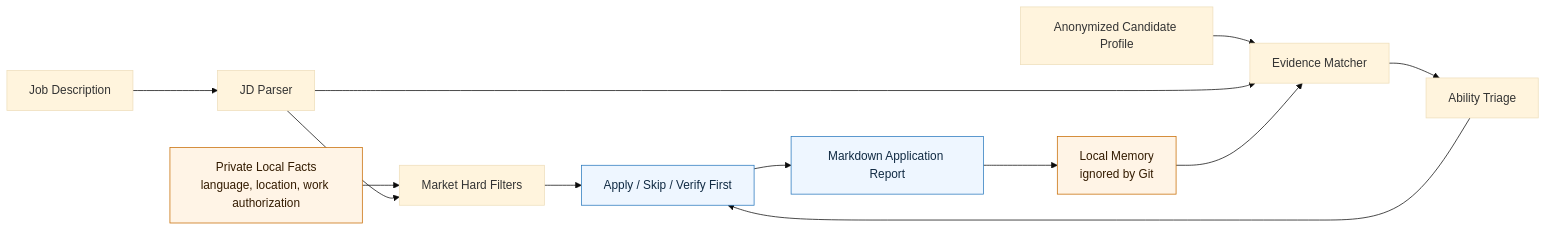
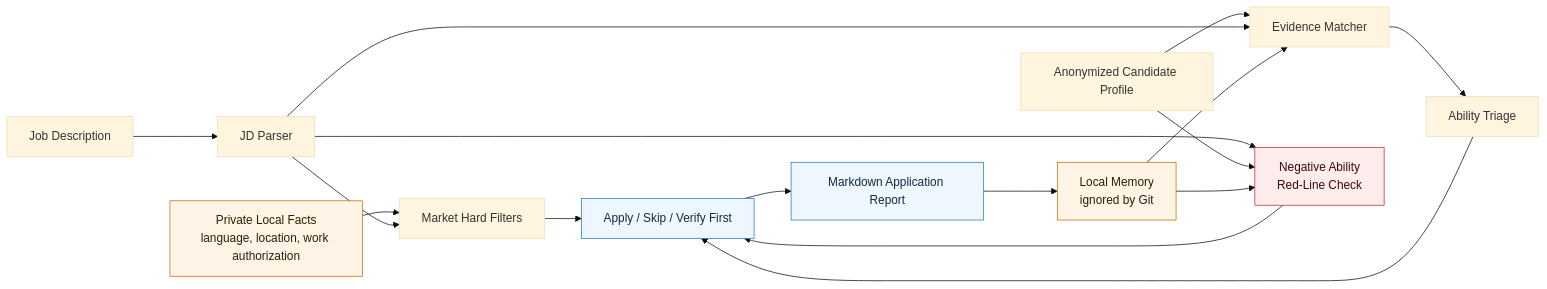
The first of 3 diagrams in README.md (RachelNongyingLi/job-search-agent), drawn with Mermaid (base theme) before and after one commit. The commit also changed other lines of this file and 14 other files, not shown here.

First line of the commit message:
Add negative ability (red-line) checks

````diff
--- a/README.md
+++ b/README.md
@@ -39,19 +39,26 @@
 ```mermaid
 flowchart LR
     JD["Job Description"] --> Parser["JD Parser"]
     Profile["Anonymized Candidate Profile"] --> Matcher["Evidence Matcher"]
     Private["Private Local Facts<br/>language, location, work authorization"] --> Filters["Market Hard Filters"]
+    RedLines["Negative Ability<br/>Red-Line Check"]
     Parser --> Filters
+    Parser --> RedLines
     Parser --> Matcher
+    Profile --> RedLines
     Matcher --> Triage["Ability Triage"]
     Filters --> Decision["Apply / Skip / Verify First"]
+    RedLines --> Decision
     Triage --> Decision
     Decision --> Report["Markdown Application Report"]
     Report --> Memory["Local Memory<br/>ignored by Git"]
     Memory --> Matcher
+    Memory --> RedLines
 
     classDef private fill:#fff4e6,stroke:#c76b00,color:#331b00;
     classDef output fill:#eef6ff,stroke:#2878bd,color:#102a43;
+    classDef redline fill:#ffecec,stroke:#c62828,color:#3b0b0b;
     class Private,Memory private;
+    class RedLines redline;
     class Report,Decision output;
 ```
````
